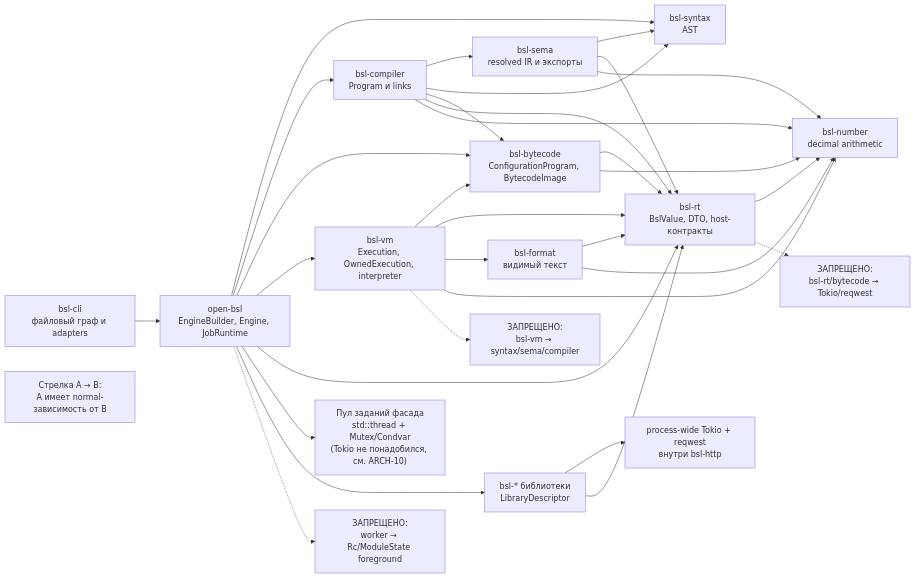
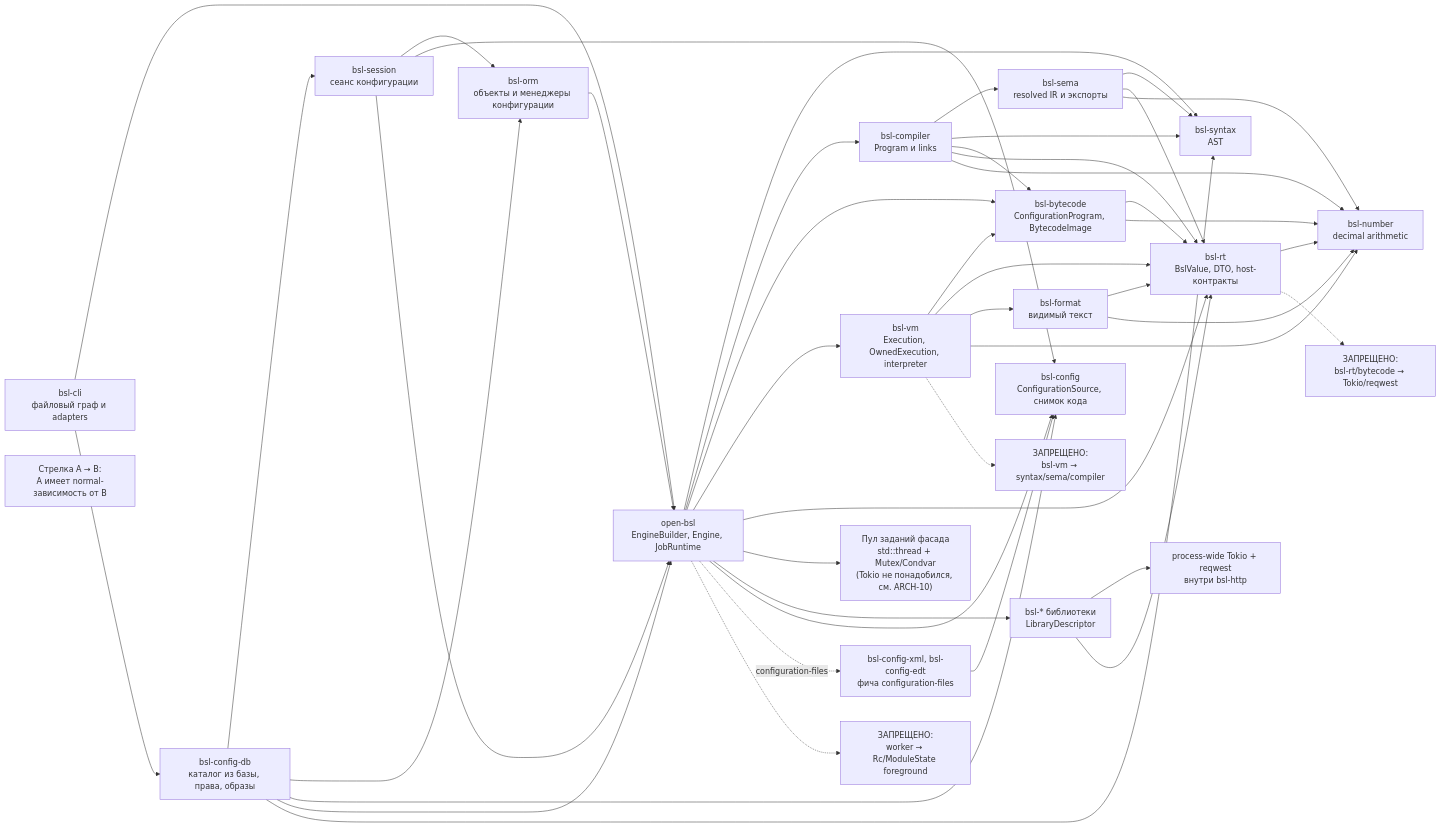
The second of 21 diagrams in docs/architecture/component-architecture.md (dobpilot/open-bsl), drawn with Mermaid before and after one commit. The commit also changed other lines of this file and 2 other files, not shown here.

Commit message:
docs: record hot path A/B and update the component topology

````diff
--- a/docs/architecture/component-architecture.md
+++ b/docs/architecture/component-architecture.md
@@ -94,52 +102,70 @@
 ```mermaid
 flowchart LR
     cli["bsl-cli<br/>файловый граф и adapters"]
     facade["open-bsl<br/>EngineBuilder, Engine, JobRuntime"]
     syntax["bsl-syntax<br/>AST"]
     sema["bsl-sema<br/>resolved IR и экспорты"]
     compiler["bsl-compiler<br/>Program и links"]
     bytecode["bsl-bytecode<br/>ConfigurationProgram, BytecodeImage"]
     vm["bsl-vm<br/>Execution, OwnedExecution, interpreter"]
     rt["bsl-rt<br/>BslValue, DTO, host-контракты"]
     number["bsl-number<br/>decimal arithmetic"]
     format["bsl-format<br/>видимый текст"]
     libs["bsl-* библиотеки<br/>LibraryDescriptor"]
     pool["Пул заданий фасада<br/>std::thread + Mutex/Condvar<br/>(Tokio не понадобился, см. ARCH-10)"]
     http_adapter["process-wide Tokio + reqwest<br/>внутри bsl-http"]
+    config["bsl-config<br/>ConfigurationSource, снимок кода"]
+    config_files["bsl-config-xml, bsl-config-edt<br/>фича configuration-files"]
+    orm["bsl-orm<br/>объекты и менеджеры конфигурации"]
+    session["bsl-session<br/>сеанс конфигурации"]
+    config_db["bsl-config-db<br/>каталог из базы, права, образы"]
 
     legend["Стрелка A → B:<br/>A имеет normal-зависимость от B"]
     cli --> facade
     facade --> syntax
     sema --> syntax
     sema --> rt
     sema --> number
     compiler --> sema
     compiler --> syntax
     compiler --> bytecode
     facade --> compiler
     facade --> bytecode
     facade --> vm
     facade --> rt
     facade --> pool
     libs --> http_adapter
     vm --> bytecode
     vm --> rt
     vm --> format
     format --> rt
     compiler --> rt
     compiler --> number
     bytecode --> rt
     bytecode --> number
     vm --> number
     rt --> number
     format --> number
     libs --> rt
     facade --> libs
+    facade --> config
+    facade -.->|"configuration-files"| config_files
+    config_files --> config
+    orm --> facade
+    session --> orm
+    session --> config
+    session --> facade
+    config_db --> session
+    config_db --> orm
+    config_db --> config
+    config_db --> facade
+    config_db --> syntax
+    cli --> config_db
 
     forbidden1["ЗАПРЕЩЕНО:<br/>bsl-vm → syntax/sema/compiler"]
     forbidden2["ЗАПРЕЩЕНО:<br/>bsl-rt/bytecode → Tokio/reqwest"]
     forbidden3["ЗАПРЕЩЕНО:<br/>worker → Rc/ModuleState foreground"]
     vm -.-> forbidden1
     rt -.-> forbidden2
     facade -.-> forbidden3
 ```
````
